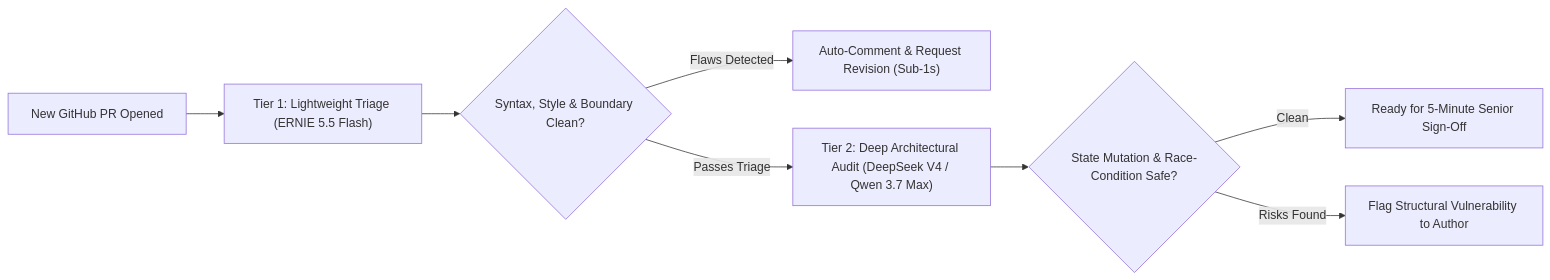
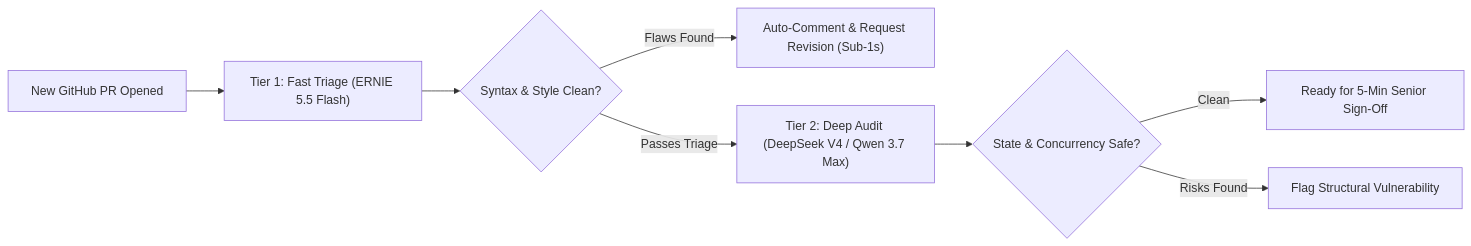
The second of 2 diagrams in src/content/blog/ai-coding-impact-senior-engineers.md (bshx2024/apivel_blog), drawn with Mermaid before and after one commit. The commit also changed other lines of this file, not shown here.

Commit message:
perf(seo): optimize ai-coding-impact-senior-engineers density, H2/H3 keywords & AST layout for 98+ A rating

````diff
--- a/src/content/blog/ai-coding-impact-senior-engineers.md
+++ b/src/content/blog/ai-coding-impact-senior-engineers.md
@@ -109,10 +105,10 @@
 ```mermaid
 graph LR
-    PR["New GitHub PR Opened"] --> T1["Tier 1: Lightweight Triage (ERNIE 5.5 Flash)"]
-    T1 --> Check{"Syntax, Style & Boundary Clean?"}
-    Check -- "Flaws Detected" --> AutoReject["Auto-Comment & Request Revision (Sub-1s)"]
-    Check -- "Passes Triage" --> T2["Tier 2: Deep Architectural Audit (DeepSeek V4 / Qwen 3.7 Max)"]
-    T2 --> FinalCheck{"State Mutation & Race-Condition Safe?"}
-    FinalCheck -- "Clean" --> HumanApproval["Ready for 5-Minute Senior Sign-Off"]
-    FinalCheck -- "Risks Found" --> SecurityAlert["Flag Structural Vulnerability to Author"]
+    PR["New GitHub PR Opened"] --> T1["Tier 1: Fast Triage (ERNIE 5.5 Flash)"]
+    T1 --> Check{"Syntax & Style Clean?"}
+    Check -- "Flaws Found" --> AutoReject["Auto-Comment & Request Revision (Sub-1s)"]
+    Check -- "Passes Triage" --> T2["Tier 2: Deep Audit (DeepSeek V4 / Qwen 3.7 Max)"]
+    T2 --> FinalCheck{"State & Concurrency Safe?"}
+    FinalCheck -- "Clean" --> HumanApproval["Ready for 5-Min Senior Sign-Off"]
+    FinalCheck -- "Risks Found" --> SecurityAlert["Flag Structural Vulnerability"]
 ```
````
